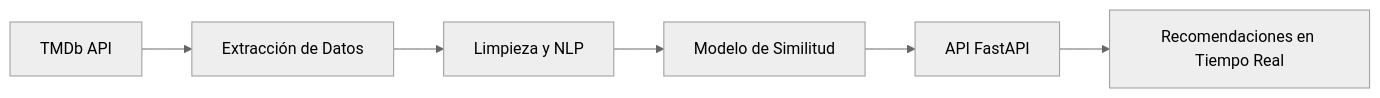
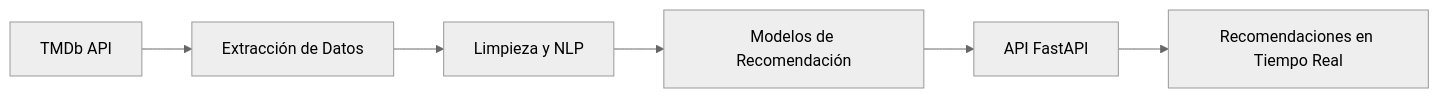
One commit to JuliaGastellu/MVP_sistema_recomendacion changed the diagram in README.md. Above: the diagram before and after it, drawn with Mermaid (neutral theme). The commit also changed other lines of this file and 2 other files, not shown here.

Commit message:
se agrega modelo al sistema

````diff
--- a/README.md
+++ b/README.md
@@ -25,15 +22,15 @@
 ```mermaid
 
 graph LR
 
 A[TMDb API] --> B[Extracción de Datos]
 
 B --> C[Limpieza y NLP]
 
-C --> D[Modelo de Similitud]
+C --> D[Modelos de Recomendación]
 
 D --> E[API FastAPI]
 
 E --> F[Recomendaciones en Tiempo Real]
 
 ```
````
